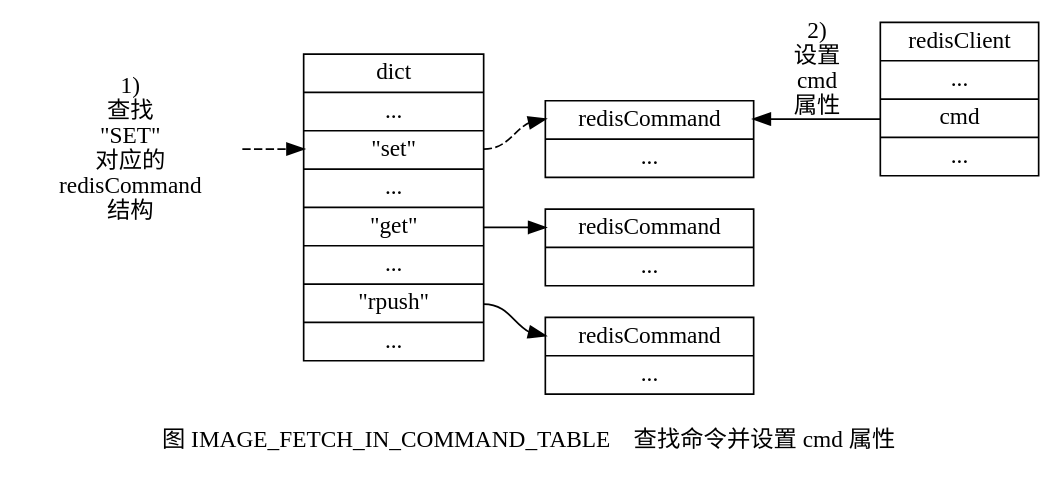
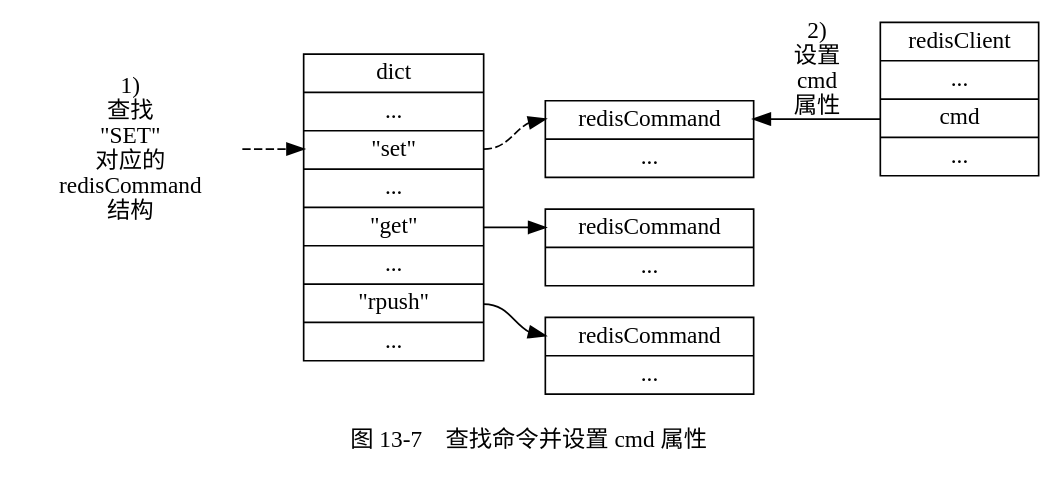
The fifth of 9 diagrams in preview/client/redis_client_property.rst (huangzworks/redisbook1e), drawn with Graphviz before and after one commit. The commit also changed other lines of this file and 4 other files, not shown here.

Commit message:
修正图 13-5 、14-3 和 14-6 ，感谢 凯旋冲锋 的提醒。

```diff
--- a/preview/client/redis_client_property.rst
+++ b/preview/client/redis_client_property.rst
@@ -483,27 +483,27 @@
 .. graphviz::
 
     digraph {
 
-        label = "\n 图 IMAGE_FETCH_IN_COMMAND_TABLE    查找命令并设置 cmd 属性";
+        label = "\n 图 13-7    查找命令并设置 cmd 属性";
 
         rankdir = LR;
 
         node [shape = record];
 
         command_table [label = " dict | ... | <set> \"set\" | ... | <get> \"get\" | ... | <rpush> \"rpush\" | ... ", width = 1.5 ];
 
         node [label = " <head> redisCommand | ... "];
 
         command_table:set -> set:head [style = dashed];
         command_table:get -> get:head;
         command_table:rpush -> rpush:head;
 
         redisClient [label = " redisClient | ... | <cmd> cmd | ... "];
 
         set:head -> redisClient:cmd [dir = back, label = "2) \n 设置 \n cmd \n 属性"];
 
         find [label = "1) \n 查找 \n \"SET\" \n 对应的\n redisCommand \n 结构", shape = plaintext];
 
         find -> command_table:set [style = dashed];
 
     }
```
